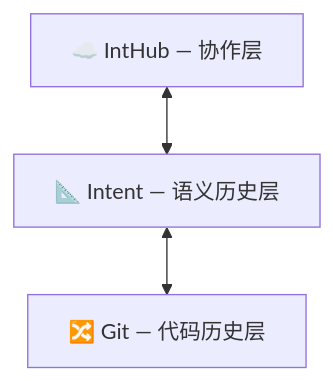
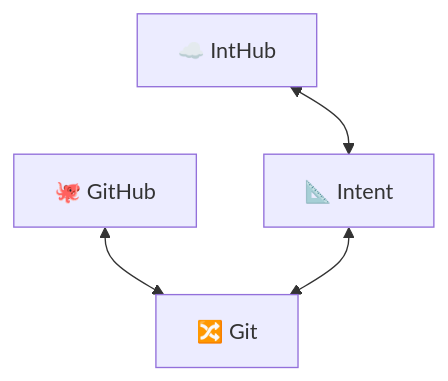
Before and after one commit to dozybot001/Intent: the third of 3 diagrams in README.CN.md, drawn with Mermaid. The commit also changed 3 other files, not shown here.

First line of the commit message:
Add GitHub parallel to IntHub in stack diagram

````diff
--- a/README.CN.md
+++ b/README.CN.md
@@ -83,7 +83,7 @@
 ```mermaid
 flowchart TB
-  Hub["☁️ IntHub — 协作层"]
-  Intent["📐 Intent — 语义历史层"]
-  Git["🔀 Git — 代码历史层"]
-  Hub <--> Intent <--> Git
+  Hub["☁️ IntHub"] <--> Intent["📐 Intent"]
+  GH["🐙 GitHub"] <--> Git["🔀 Git"]
+  Intent <--> Git
+  Hub ~~~ GH
 ```
````
